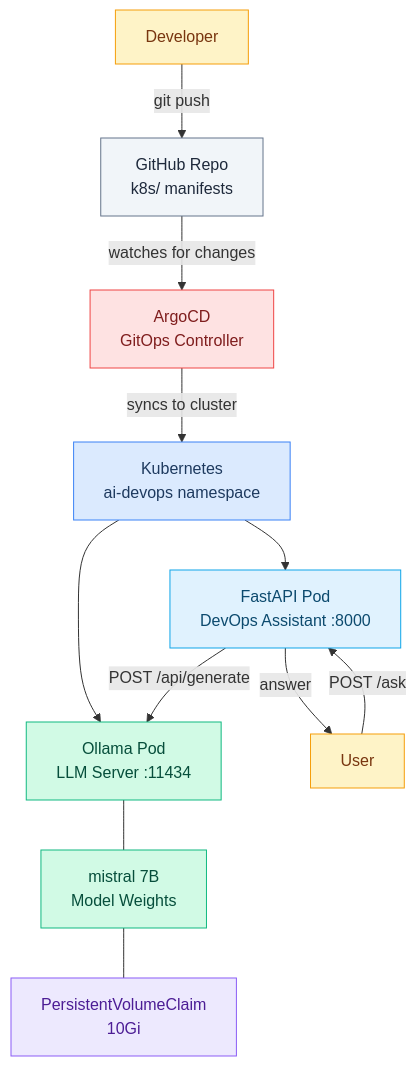
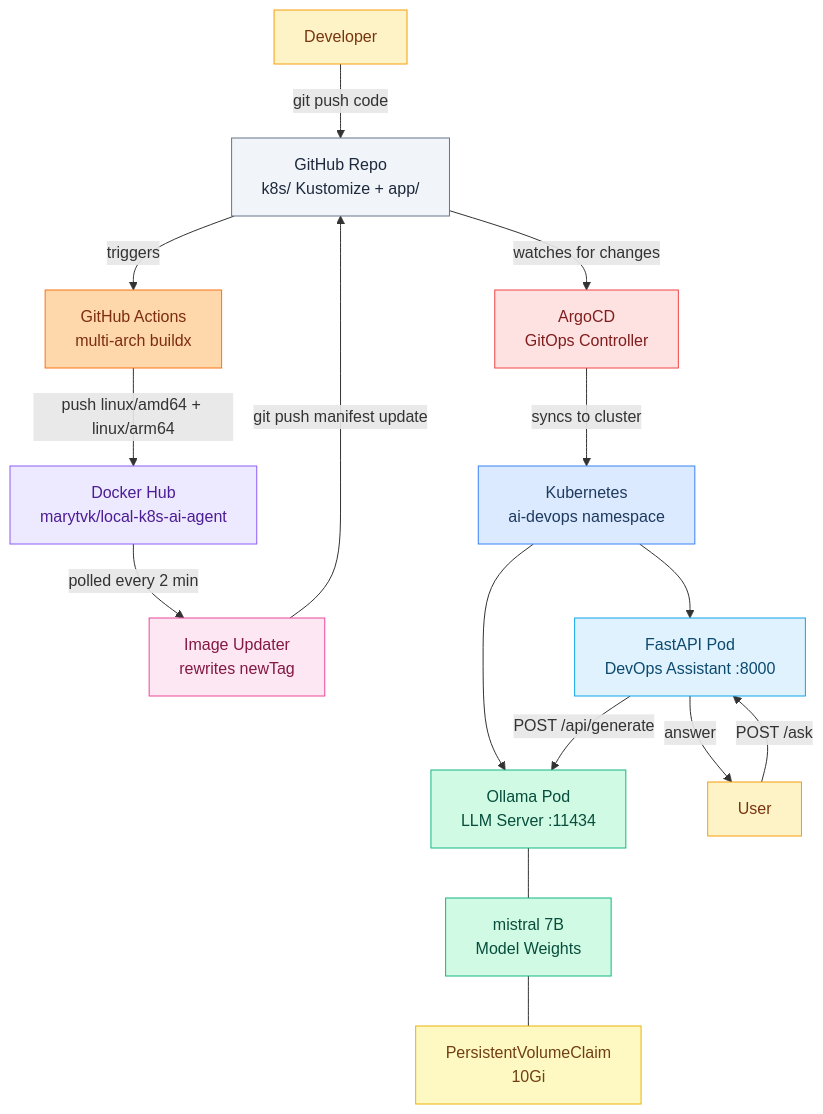
Before and after one commit to biswa123642/local-k8s-ai-agent: the first of 4 diagrams in README.md, drawn with Mermaid. The commit also changed other lines of this file, not shown here.

Commit message:
Update architecture diagrams to include GitHub Actions and Image Updater

````diff
--- a/README.md
+++ b/README.md
@@ -5,29 +5,39 @@
 ```mermaid
 graph TD
-    Dev[Developer] -->|git push| GH[GitHub Repo\nk8s/ manifests]
+    Dev[Developer] -->|git push code| GH[GitHub Repo\nk8s/ Kustomize + app/]
+    GH -->|triggers| GHA[GitHub Actions\nmulti-arch buildx]
+    GHA -->|push linux/amd64 + linux/arm64| DH[Docker Hub\nmarytvk/local-k8s-ai-agent]
+    DH -->|polled every 2 min| IU[Image Updater\nrewrites newTag]
+    IU -->|git push manifest update| GH
     GH -->|watches for changes| ACD[ArgoCD\nGitOps Controller]
     ACD -->|syncs to cluster| K8S[Kubernetes\nai-devops namespace]
     K8S --> OLL[Ollama Pod\nLLM Server :11434]
     K8S --> API[FastAPI Pod\nDevOps Assistant :8000]
     API -->|POST /api/generate| OLL
     OLL --- MDL[mistral 7B\nModel Weights]
     MDL --- PVC[PersistentVolumeClaim\n10Gi]
     USR[User] -->|POST /ask| API
     API -->|answer| USR
 
     classDef user     fill:#fef3c7,stroke:#f59e0b,color:#78350f
     classDef git      fill:#f1f5f9,stroke:#64748b,color:#1e293b
+    classDef ci       fill:#fed7aa,stroke:#f97316,color:#7c2d12
+    classDef reg      fill:#ede9fe,stroke:#8b5cf6,color:#4c1d95
+    classDef iu       fill:#fce7f3,stroke:#ec4899,color:#831843
     classDef argo     fill:#fee2e2,stroke:#ef4444,color:#7f1d1d
     classDef k8s      fill:#dbeafe,stroke:#3b82f6,color:#1e3a5f
     classDef llm      fill:#d1fae5,stroke:#10b981,color:#064e3b
     classDef api      fill:#e0f2fe,stroke:#0ea5e9,color:#0c4a6e
-    classDef storage  fill:#ede9fe,stroke:#8b5cf6,color:#4c1d95
+    classDef storage  fill:#fef9c3,stroke:#eab308,color:#713f12
 
     class Dev,USR user
     class GH git
+    class GHA ci
+    class DH reg
+    class IU iu
     class ACD argo
     class K8S k8s
     class OLL,MDL llm
     class API api
     class PVC storage
 ```
````
